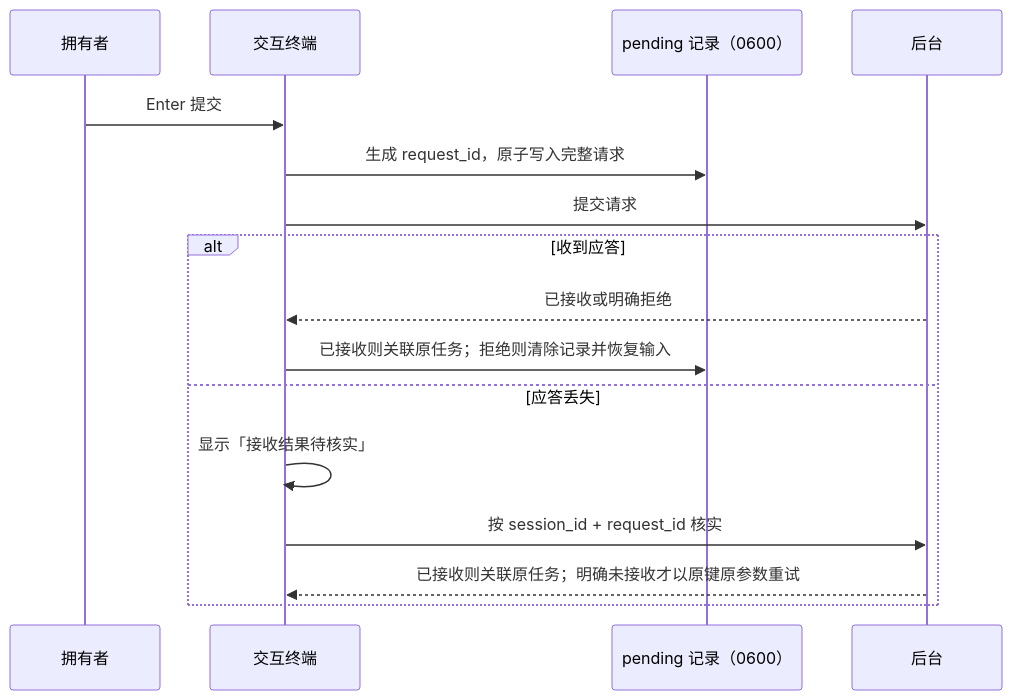
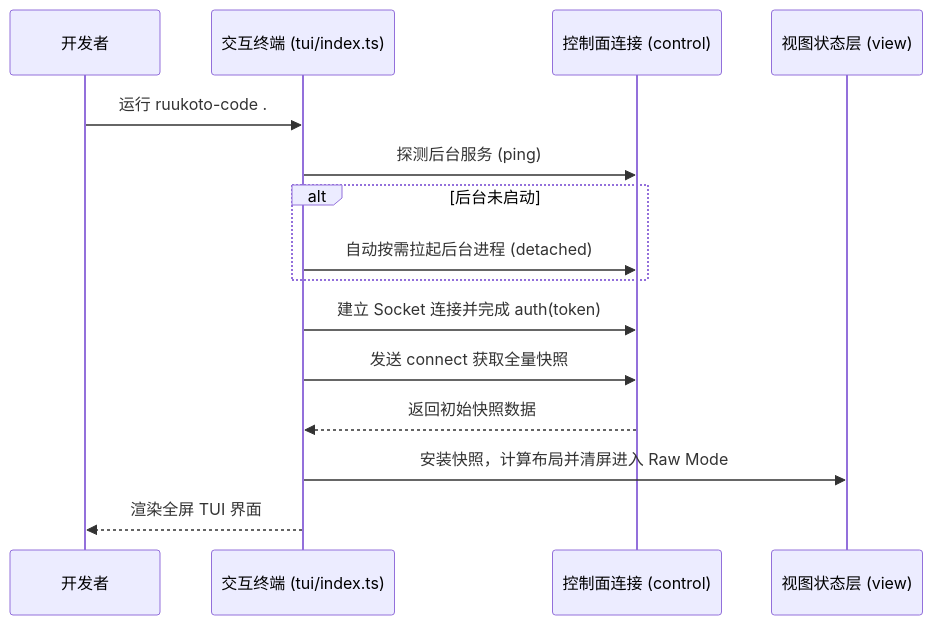
Before and after one commit to num-lab/Ruukoto: the diagram in docs/modules/tui.md, drawn with Mermaid. The commit also changed other lines of this file and 19 other files, not shown here.

````diff
--- a/docs/modules/tui.md
+++ b/docs/modules/tui.md
@@ -162,18 +71,18 @@
 ```mermaid
 sequenceDiagram
-    participant U as 拥有者
-    participant T as 交互终端
-    participant P as pending 记录（0600）
-    participant B as 后台
-    U->>T: Enter 提交
-    T->>P: 生成 request_id，原子写入完整请求
-    T->>B: 提交请求
-    alt 收到应答
-        B-->>T: 已接收或明确拒绝
-        T->>P: 已接收则关联原任务；拒绝则清除记录并恢复输入
-    else 应答丢失
-        T->>T: 显示「接收结果待核实」
-        T->>B: 按 session_id + request_id 核实
-        B-->>T: 已接收则关联原任务；明确未接收才以原键原参数重试
-    end
+  participant User as 开发者
+  participant TUI as 交互终端 (tui/index.ts)
+  participant Control as 控制面连接 (control)
+  participant View as 视图状态层 (view)
+
+  User->>TUI: 运行 ruukoto-code .
+  TUI->>Control: 探测后台服务 (ping)
+  alt 后台未启动
+    TUI->>Control: 自动按需拉起后台进程 (detached)
+  end
+  TUI->>Control: 建立 Socket 连接并完成 auth(token)
+  TUI->>Control: 发送 connect 获取全量快照
+  Control-->>TUI: 返回初始快照数据
+  TUI->>View: 安装快照，计算布局并清屏进入 Raw Mode
+  TUI-->>User: 渲染全屏 TUI 界面
 ```
````
